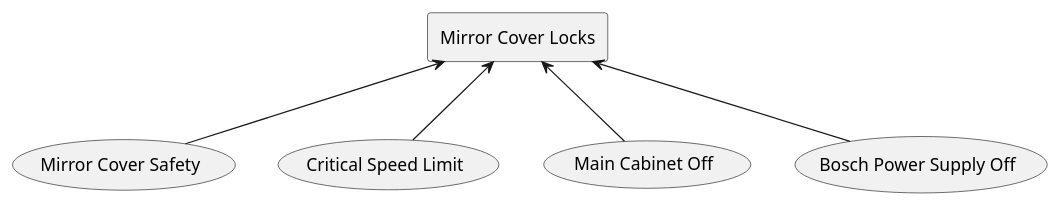
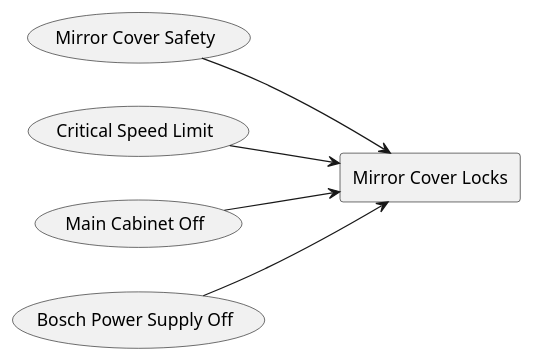
Diagram 13 of 18 in README.md (lsst-ts/ts_tma_tma-documentation_tma-faults), drawn with PlantUML before and after one commit. The commit also changed other lines of this file, not shown here.

Commit message:
refactor: change the diagrams to be left to right instead of top to bottom

````diff
--- a/README.md
+++ b/README.md
@@ -841,18 +852,19 @@
 ```plantuml
 @startuml
+left to right direction
 rectangle "Mirror Cover Locks" as MirrorCoverLocks
 usecase "Mirror Cover Safety" as MirrorCoverSafety
 
-MirrorCoverSafety -u-> MirrorCoverLocks
+MirrorCoverSafety --> MirrorCoverLocks
 usecase "Critical Speed Limit" as CriticalSpeedLimit
 
-CriticalSpeedLimit -u-> MirrorCoverLocks
+CriticalSpeedLimit --> MirrorCoverLocks
 usecase "Main Cabinet Off" as MainCabinetOff
 
-MainCabinetOff -u-> MirrorCoverLocks
+MainCabinetOff --> MirrorCoverLocks
 usecase "Bosch Power Supply Off" as BoschPowerSupplyOff
 
-BoschPowerSupplyOff -u-> MirrorCoverLocks
+BoschPowerSupplyOff --> MirrorCoverLocks
 
 @enduml
 ```
````
